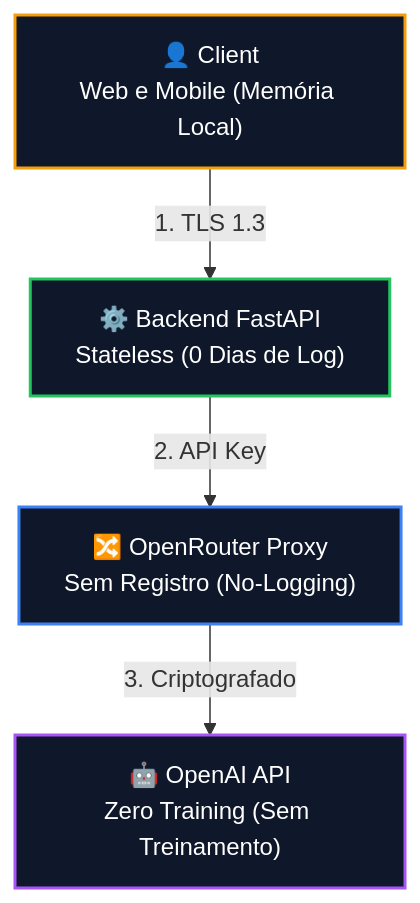
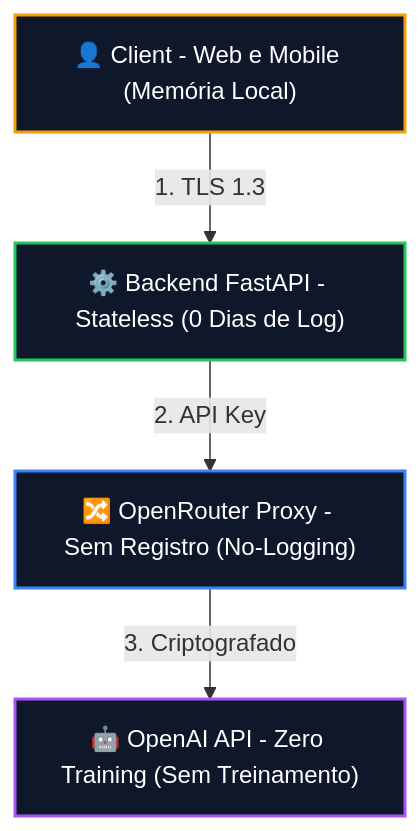
One commit to lucasbarros097/Deere_Inspect changed the diagram in docs/tratamento_dados.md. Above: the diagram before and after it, drawn with Mermaid. The commit also changed other lines of this file, not shown here.

````diff
--- a/docs/tratamento_dados.md
+++ b/docs/tratamento_dados.md
@@ -11,21 +11,21 @@
 ```mermaid
 flowchart TD
-    A["👤 Client<br/>Web e Mobile (Memória Local)"]
-    B["⚙️ Backend FastAPI<br/>Stateless (0 Dias de Log)"]
-    C["🔀 OpenRouter Proxy<br/>Sem Registro (No-Logging)"]
-    D["🤖 OpenAI API<br/>Zero Training (Sem Treinamento)"]
+    A["👤 Client - Web e Mobile (Memória Local)"]
+    B["⚙️ Backend FastAPI - Stateless (0 Dias de Log)"]
+    C["🔀 OpenRouter Proxy - Sem Registro (No-Logging)"]
+    D["🤖 OpenAI API - Zero Training (Sem Treinamento)"]
 
     A -->|"1. TLS 1.3"| B
     B -->|"2. API Key"| C
     C -->|"3. Criptografado"| D
 
     classDef client fill:#0f172a,stroke:#f59e0b,stroke-width:2px,color:#fff
     classDef backend fill:#0f172a,stroke:#22c55e,stroke-width:2px,color:#fff
     classDef proxy fill:#0f172a,stroke:#3b82f6,stroke-width:2px,color:#fff
     classDef provider fill:#0f172a,stroke:#a855f7,stroke-width:2px,color:#fff
 
     class A client
     class B backend
     class C proxy
     class D provider
 ```
````
